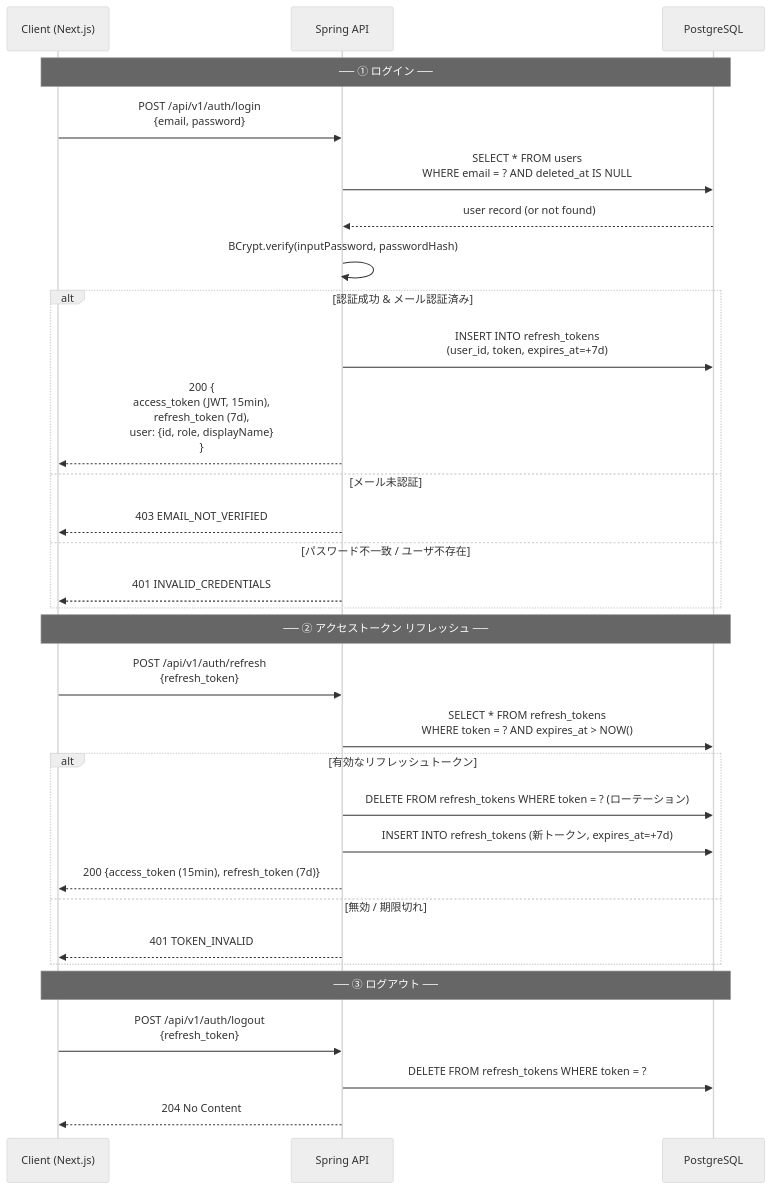
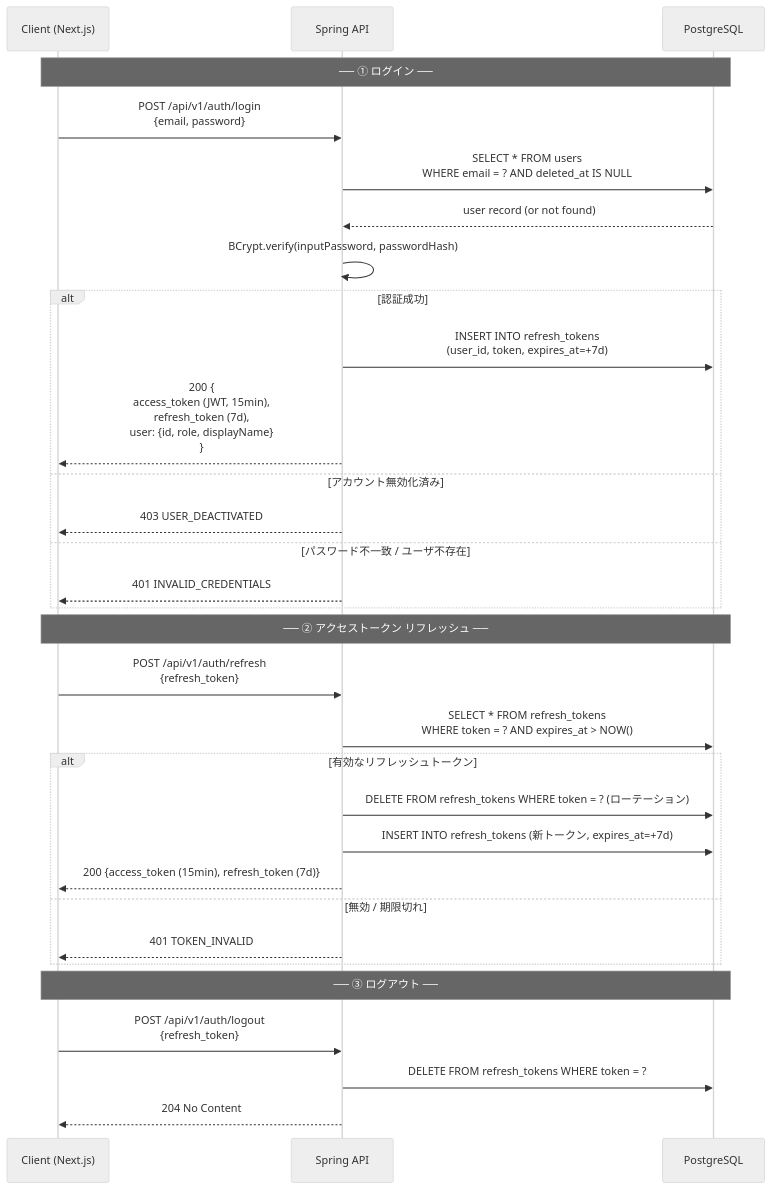
Before and after one commit to daobn99/kivio-project: the second of 20 diagrams in docs/design/SEQUENCE_FLOW.md, drawn with Mermaid (neutral theme). The commit also changed other lines of this file and 19 other files, not shown here.

````diff
--- a/docs/design/SEQUENCE_FLOW.md
+++ b/docs/design/SEQUENCE_FLOW.md
@@ -93,37 +108,37 @@
 ```mermaid
 sequenceDiagram
     participant C as Client (Next.js)
     participant S as Spring API
     participant DB as PostgreSQL
 
     Note over C,DB: ── ① ログイン ──
     C->>S: POST /api/v1/auth/login<br/>{email, password}
     S->>DB: SELECT * FROM users<br/>WHERE email = ? AND deleted_at IS NULL
     DB-->>S: user record (or not found)
     S->>S: BCrypt.verify(inputPassword, passwordHash)
 
-    alt 認証成功 & メール認証済み
+    alt 認証成功
         S->>DB: INSERT INTO refresh_tokens<br/>(user_id, token, expires_at=+7d)
         S-->>C: 200 {<br/>  access_token (JWT, 15min),<br/>  refresh_token (7d),<br/>  user: {id, role, displayName}<br/>}
-    else メール未認証
-        S-->>C: 403 EMAIL_NOT_VERIFIED
+    else アカウント無効化済み
+        S-->>C: 403 USER_DEACTIVATED
     else パスワード不一致 / ユーザ不存在
         S-->>C: 401 INVALID_CREDENTIALS
     end
 
     Note over C,DB: ── ② アクセストークン リフレッシュ ──
     C->>S: POST /api/v1/auth/refresh<br/>{refresh_token}
     S->>DB: SELECT * FROM refresh_tokens<br/>WHERE token = ? AND expires_at > NOW()
     alt 有効なリフレッシュトークン
         S->>DB: DELETE FROM refresh_tokens WHERE token = ?  (ローテーション)
         S->>DB: INSERT INTO refresh_tokens (新トークン, expires_at=+7d)
         S-->>C: 200 {access_token (15min), refresh_token (7d)}
     else 無効 / 期限切れ
         S-->>C: 401 TOKEN_INVALID
     end
 
     Note over C,DB: ── ③ ログアウト ──
     C->>S: POST /api/v1/auth/logout<br/>{refresh_token}
     S->>DB: DELETE FROM refresh_tokens WHERE token = ?
     S-->>C: 204 No Content
 ```
````
